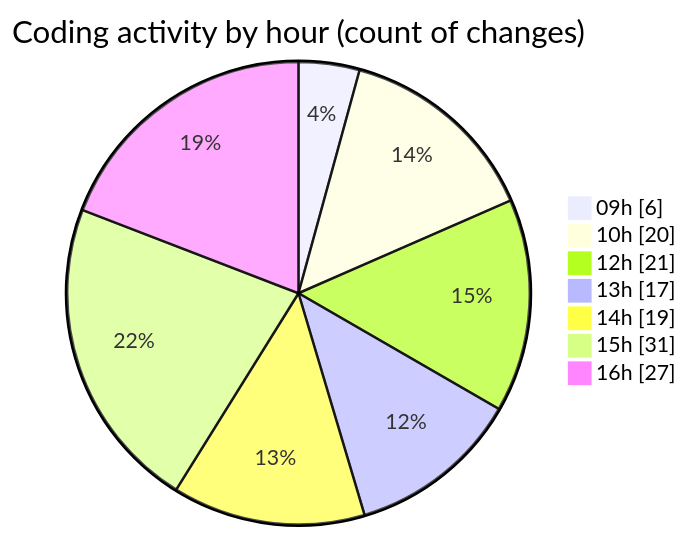
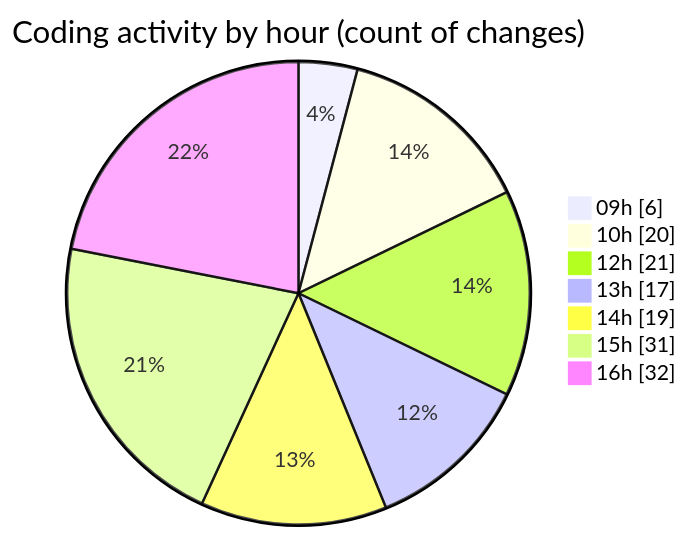
Before and after one commit to becaeroporto-bot/code-tracking: the second of 2 diagrams in 2026-02-18/bot_v1_2/README.md, drawn with Mermaid. The commit also changed other lines of this file and 1 other file, not shown here.

````diff
--- a/2026-02-18/bot_v1_2/README.md
+++ b/2026-02-18/bot_v1_2/README.md
@@ -56,11 +56,11 @@
 ```mermaid
 pie showData
 title Coding activity by hour (count of changes)
 "09h" : 6
 "10h" : 20
 "12h" : 21
 "13h" : 17
 "14h" : 19
 "15h" : 31
-"16h" : 27
+"16h" : 32
 ```
````
